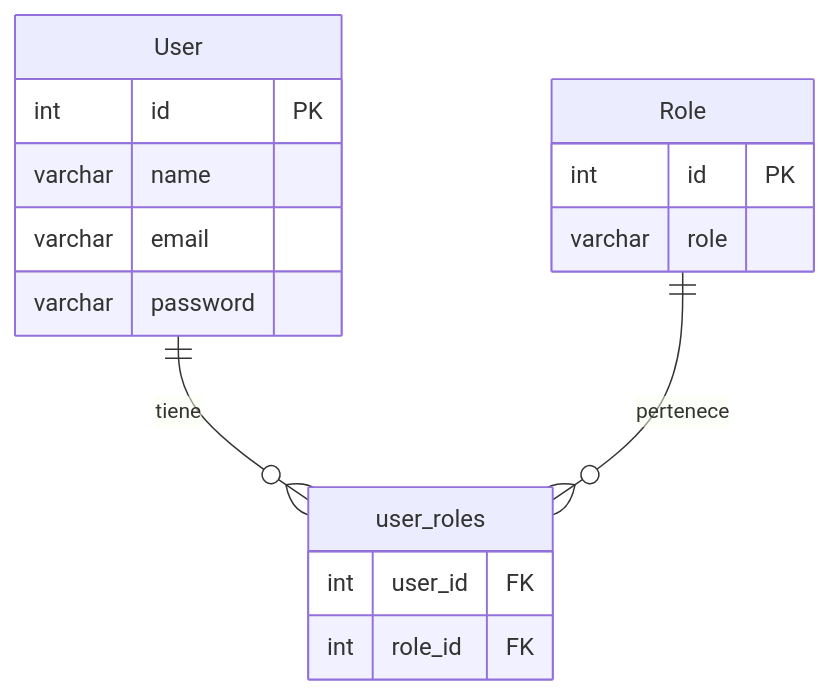
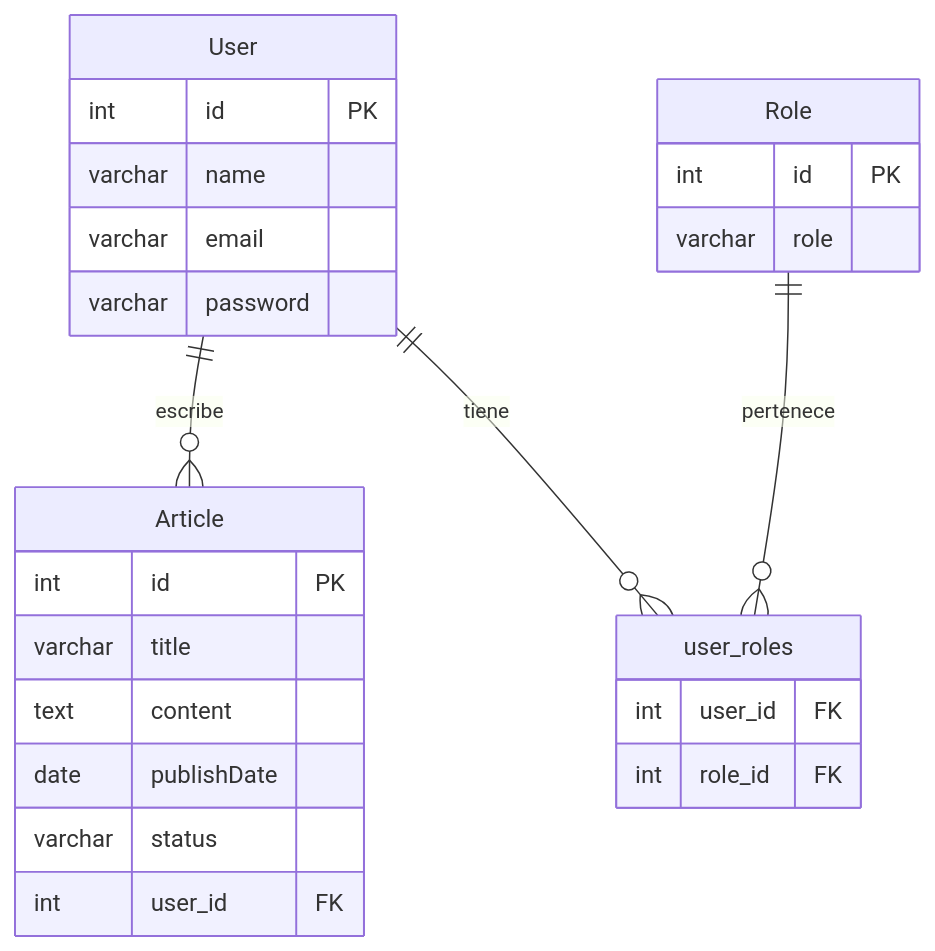
One commit to Periodico-Mundo-Tech-Team-3/mundo-tech changed the diagram in README.md. Above: the diagram before and after it, drawn with Mermaid. The commit also changed other lines of this file, not shown here.

````diff
--- a/README.md
+++ b/README.md
@@ -9,22 +9,35 @@
 ```mermaid
 erDiagram
+  Article {
+        int id PK
+        varchar title
+        text content
+        date publishDate
+        varchar status
+        int user_id FK
+    }
+
     User {
         int id PK
         varchar name
         varchar email
         varchar password
     }
 
     Role {
         int id PK
         varchar role
     }
 
+  
+
     user_roles {
         int user_id FK
         int role_id FK
     }
 
+    User ||--o{ Article : escribe
     User ||--o{ user_roles : tiene
     Role ||--o{ user_roles : pertenece
+    
 ```
````
